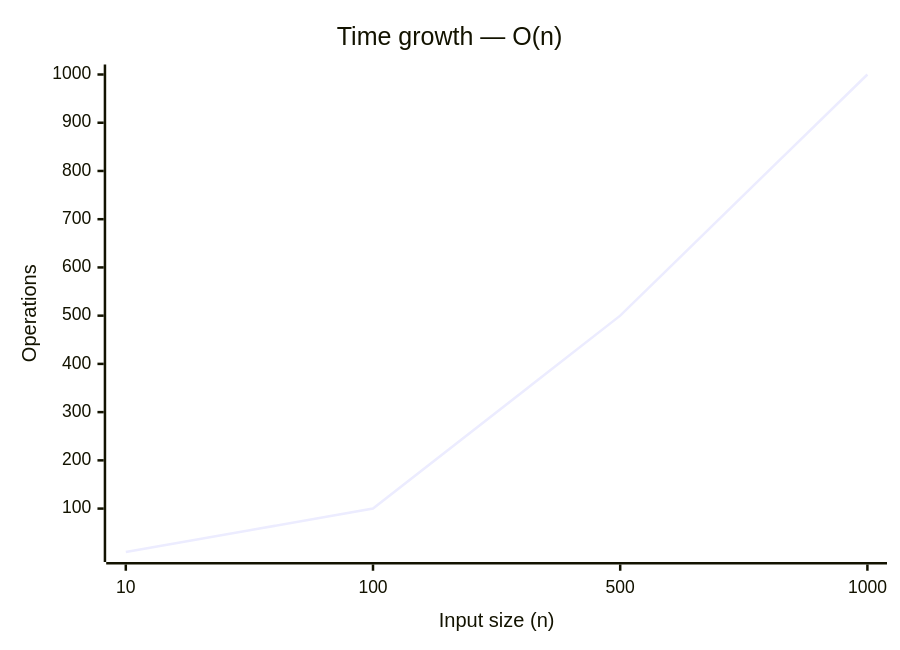
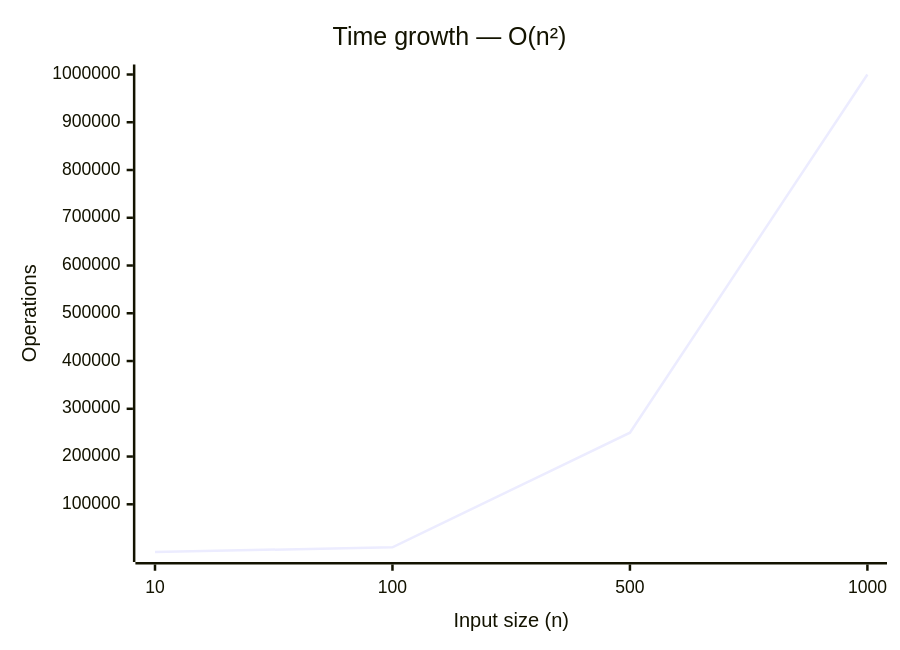
The first of 2 diagrams in 0090-subsets-ii/README.md (PARTHDEVX2904/LEETCODE-DSA), drawn with Mermaid before and after one commit. The commit also changed other lines of this file, not shown here.

Commit message:
Time: 3 ms (31.38%) | Space: 11.2 MB (20.39%) - 0090-subsets-ii

````diff
--- a/0090-subsets-ii/README.md
+++ b/0090-subsets-ii/README.md
@@ -31,7 +31,7 @@
 ```mermaid
 xychart-beta
-    title "Time growth — O(n)"
+    title "Time growth — O(n²)"
     x-axis "Input size (n)" [10, 100, 500, 1000]
     y-axis "Operations"
-    line [10, 100, 500, 1000]
+    line [100, 10000, 250000, 1000000]
 ```
````
